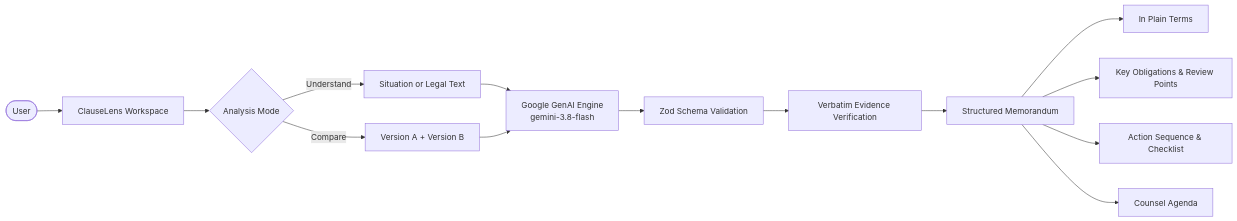
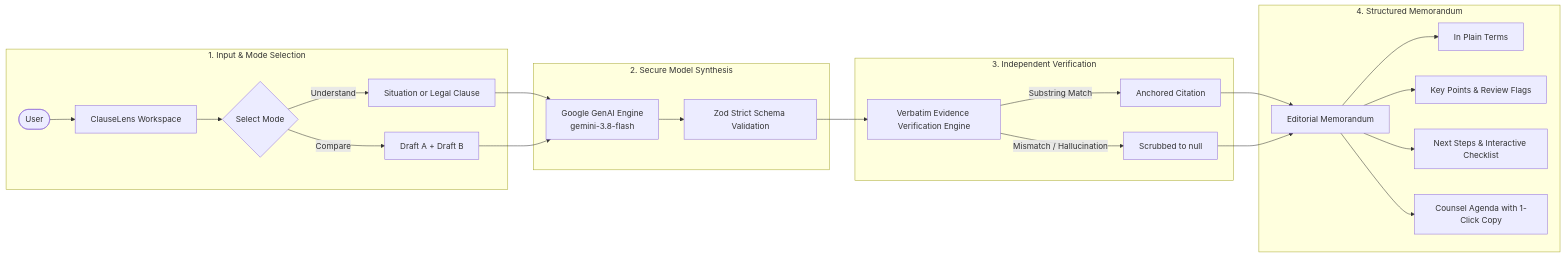
The first of 4 diagrams in README.md (tanush326k/ClauseLens), drawn with Mermaid before and after one commit. The commit also changed other lines of this file, not shown here.

Commit message:
docs: enrich architecture diagrams, pipeline explanations, and professional styling

````diff
--- a/README.md
+++ b/README.md
@@ -29,22 +44,30 @@
 ```mermaid
 flowchart LR
-    U([User]) --> C[ClauseLens Workspace]
+    subgraph InputStage ["1. Input & Mode Selection"]
+        U([User]) --> C[ClauseLens Workspace]
+        C --> M{Select Mode}
+        M -->|Understand| I[Situation or Legal Clause]
+        M -->|Compare| A[Draft A + Draft B]
+    end
 
-    C --> M{Analysis Mode}
+    subgraph InferenceStage ["2. Secure Model Synthesis"]
+        I --> G[Google GenAI Engine<br/>gemini-3.8-flash]
+        A --> G
+        G --> V[Zod Strict Schema Validation]
+    end
 
-    M -->|Understand| I[Situation or Legal Text]
-    M -->|Compare| A[Version A + Version B]
+    subgraph GroundingStage ["3. Independent Verification"]
+        V --> EV[Verbatim Evidence Verification Engine]
+        EV -->|Substring Match| OK[Anchored Citation]
+        EV -->|Mismatch / Hallucination| NULL[Scrubbed to null]
+    end
 
-    I --> G[Google GenAI Engine<br/>gemini-3.8-flash]
-    A --> G
-
-    G --> V[Zod Schema Validation]
-    V --> E[Verbatim Evidence Verification]
-
-    E --> R[Structured Memorandum]
-
-    R --> S[In Plain Terms]
-    R --> P[Key Obligations & Review Points]
-    R --> N[Action Sequence & Checklist]
-    R --> Q[Counsel Agenda]
+    subgraph OutputStage ["4. Structured Memorandum"]
+        OK --> RM[Editorial Memorandum]
+        NULL --> RM
+        RM --> S[In Plain Terms]
+        RM --> P[Key Points & Review Flags]
+        RM --> N[Next Steps & Interactive Checklist]
+        RM --> Q[Counsel Agenda with 1-Click Copy]
+    end
 ```
````
